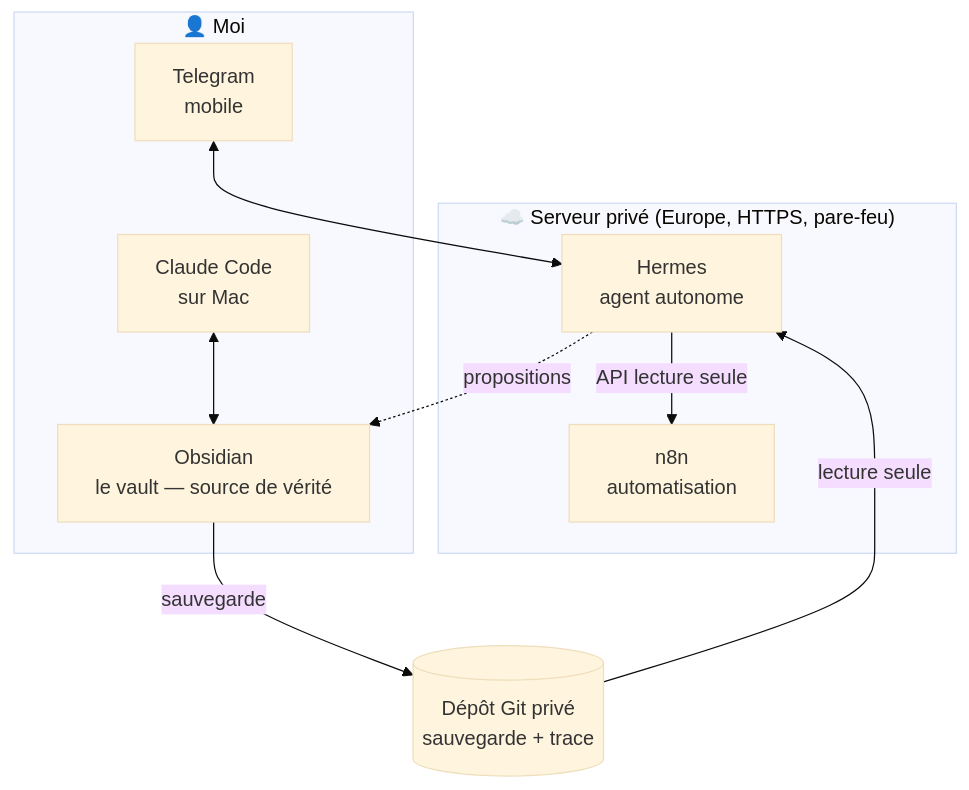
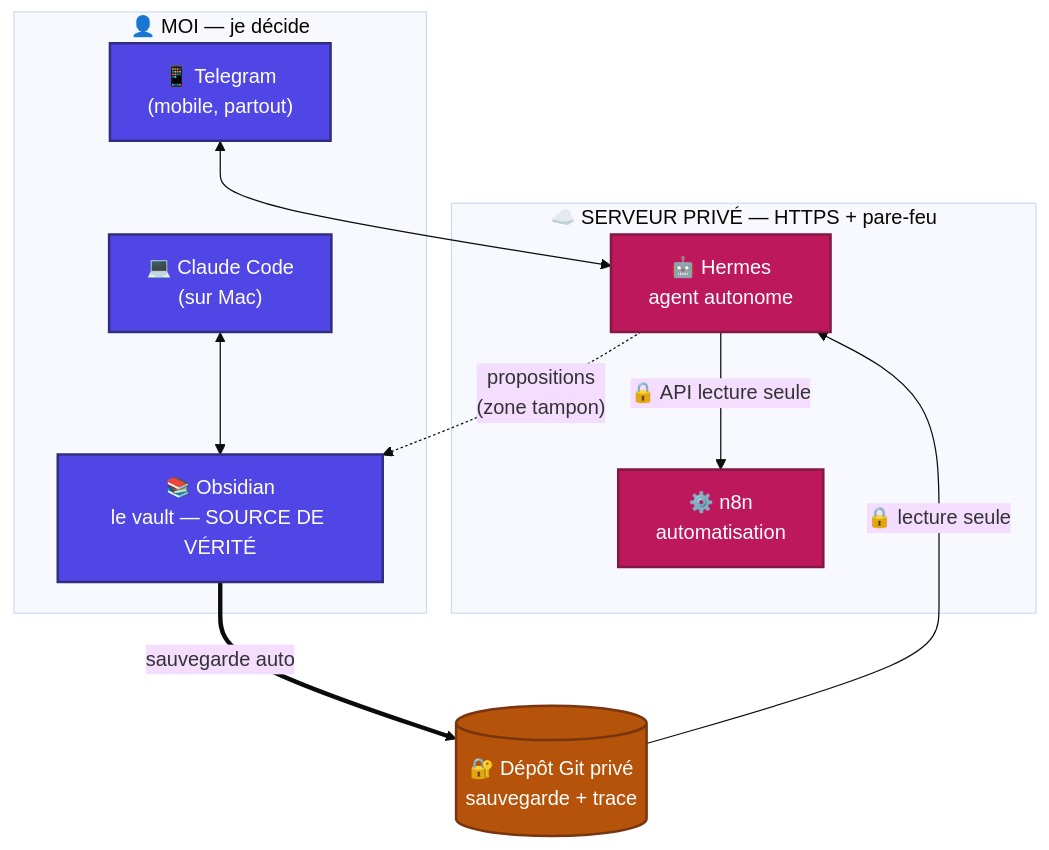
One commit to VincentG32/infra-ia-personnelle changed the second of 3 diagrams in README.md. Above: the diagram before and after it, drawn with Mermaid (base theme). The commit also changed other lines of this file and 1 other file, not shown here.

````diff
--- a/README.md
+++ b/README.md
@@ -17,22 +72,31 @@
 ```mermaid
 flowchart TB
-    subgraph Moi["👤 Moi"]
-        TG[Telegram<br/>mobile]
-        OBS[Obsidian<br/>le vault — source de vérité]
-        CC[Claude Code<br/>sur Mac]
+    classDef humain fill:#4f46e5,color:#ffffff,stroke:#312e81,stroke-width:2px
+    classDef serveur fill:#0f766e,color:#ffffff,stroke:#134e4a,stroke-width:2px
+    classDef stockage fill:#b45309,color:#ffffff,stroke:#78350f,stroke-width:2px
+    classDef agent fill:#be185d,color:#ffffff,stroke:#831843,stroke-width:2px
+
+    subgraph Moi["👤 MOI — je décide"]
+        TG["📱 Telegram<br/>(mobile, partout)"]
+        OBS["📚 Obsidian<br/>le vault — SOURCE DE VÉRITÉ"]
+        CC["💻 Claude Code<br/>(sur Mac)"]
     end
 
-    subgraph VPS["☁️ Serveur privé (Europe, HTTPS, pare-feu)"]
-        H[Hermes<br/>agent autonome]
-        N8N[n8n<br/>automatisation]
+    subgraph VPS["☁️ SERVEUR PRIVÉ — HTTPS + pare-feu"]
+        H["🤖 Hermes<br/>agent autonome"]
+        N8N["⚙️ n8n<br/>automatisation"]
     end
 
-    GH[(Dépôt Git privé<br/>sauvegarde + trace)]
+    GH[("🔐 Dépôt Git privé<br/>sauvegarde + trace")]
 
-    OBS -- sauvegarde --> GH
-    GH -- lecture seule --> H
+    OBS == "sauvegarde auto" ==> GH
+    GH -- "🔒 lecture seule" --> H
     TG <--> H
-    H -- API lecture seule --> N8N
+    H -- "🔒 API lecture seule" --> N8N
     CC <--> OBS
-    H -. propositions .-> OBS
+    H -. "propositions<br/>(zone tampon)" .-> OBS
+
+    class TG,OBS,CC humain
+    class H,N8N agent
+    class GH stockage
 ```
````
